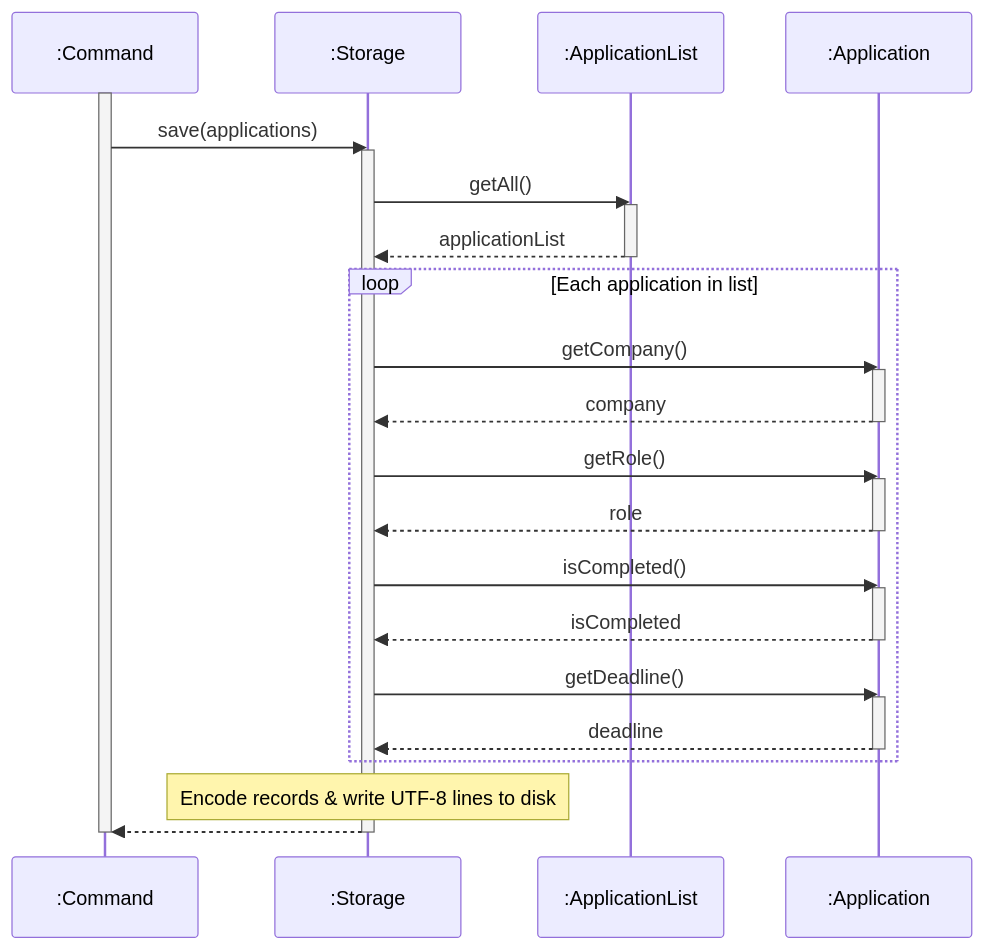
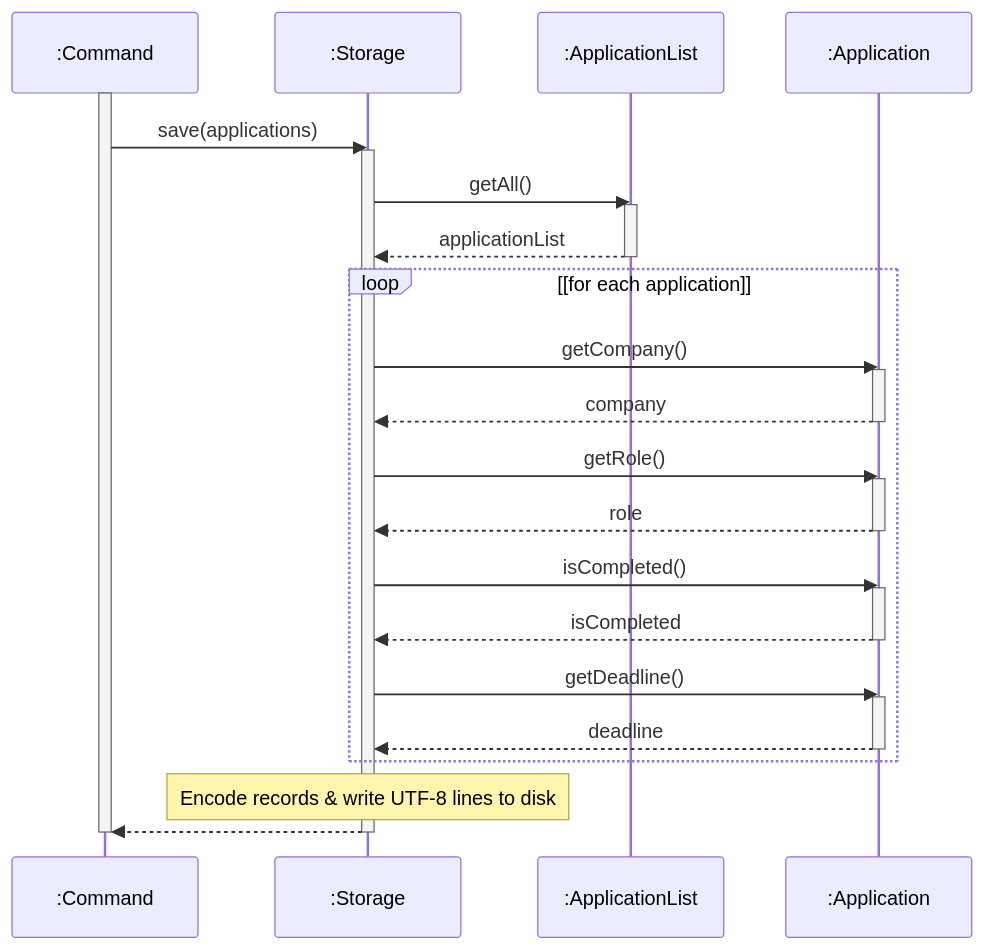
Diagram 20 of 21 in docs/DeveloperGuide.md (AY2627S1-CS2113-T10-2/tp), drawn with Mermaid before and after one commit. The commit also changed other lines of this file, not shown here.

First line of the commit message:
docs: align diagrams with reference guidelines and compact activity/object layouts

````diff
--- a/docs/DeveloperGuide.md
+++ b/docs/DeveloperGuide.md
@@ -1249,39 +1185,39 @@
 ```mermaid
 sequenceDiagram
     participant cmd as :Command
     participant storage as :Storage
     participant list as :ApplicationList
     participant app as :Application
 
     activate cmd
     cmd->>storage: save(applications)
     activate storage
     storage->>list: getAll()
     activate list
     list-->>storage: applicationList
     deactivate list
 
-    loop Each application in list
+    loop [for each application]
         storage->>app: getCompany()
         activate app
         app-->>storage: company
         deactivate app
         storage->>app: getRole()
         activate app
         app-->>storage: role
         deactivate app
         storage->>app: isCompleted()
         activate app
         app-->>storage: isCompleted
         deactivate app
         storage->>app: getDeadline()
         activate app
         app-->>storage: deadline
         deactivate app
     end
 
     Note over storage: Encode records & write UTF-8 lines to disk
     storage-->>cmd: 
     deactivate storage
     deactivate cmd
 ```
````
